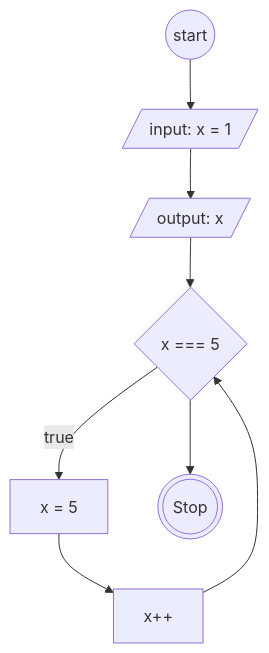
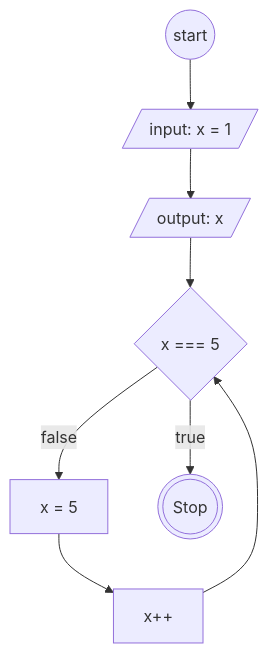
One commit to AbiPasundan/koda-b6-javascript1 changed the second of 2 diagrams in flowchart-loop.md. Above: the diagram before and after it, drawn with Mermaid.

````diff
--- a/flowchart-loop.md
+++ b/flowchart-loop.md
@@ -40,17 +40,17 @@
 ```mermaid
     flowchart TB
         Start@{ shape: circ, label: "start"}
         InitialVar@{ shape: lean-r, label: "input: x = 1"}
         PrintX@{ shape: lean-r, label: "output: x"}
 
         If@{ shape: diamond, label: "x === 5"}
         IfTrue@{ shape: rect, label: "x = 5"}
 
         Condition@{ shape: rect, label: "x++"}
 
         Stop@{ shape: dbl-circ, label: "Stop"}
 
-        Start-->InitialVar-->PrintX-->If-->|true|IfTrue-->Condition-->If
+        Start-->InitialVar-->PrintX-->If-->|false|IfTrue-->Condition-->If
 
-        If-->Stop
+        If-->|true|Stop
 ```
````
